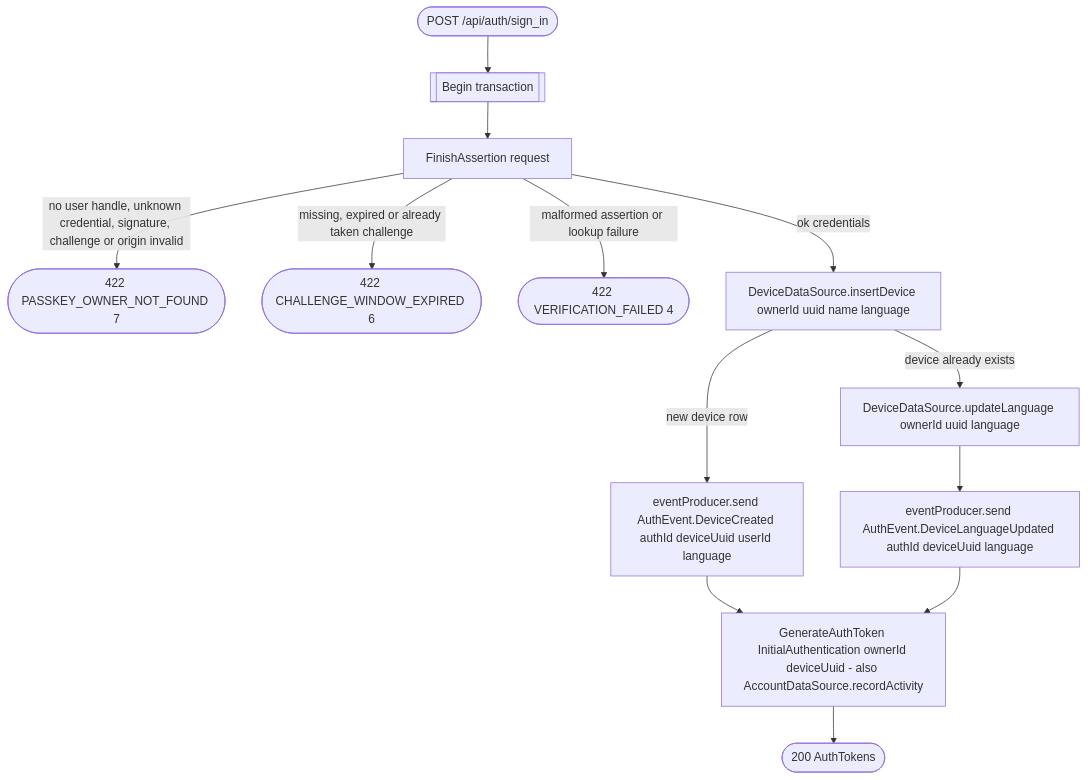
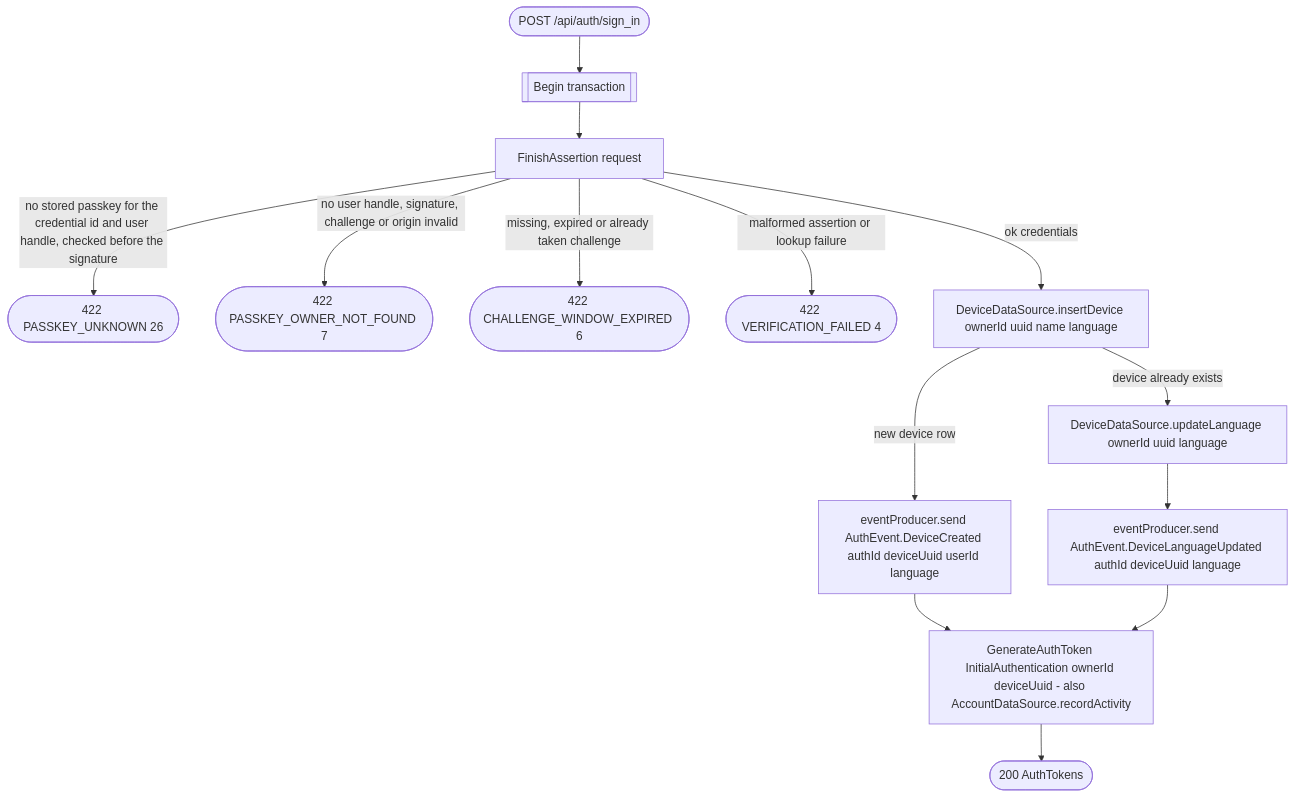
The diagram in docs/operations/authorization/sign-in.md (nocturneproperties/bookkme), drawn with Mermaid before and after one commit. The commit also changed 11 other files, not shown here.

````diff
--- a/docs/operations/authorization/sign-in.md
+++ b/docs/operations/authorization/sign-in.md
@@ -10,15 +10,16 @@
 ```mermaid
 flowchart TD
     Start([POST /api/auth/sign_in]) --> Tx[[Begin transaction]]
     Tx --> Verify[FinishAssertion request]
-    Verify -- no user handle, unknown credential, signature, challenge or origin invalid --> R422a([422 PASSKEY_OWNER_NOT_FOUND 7])
+    Verify -- no stored passkey for the credential id and user handle, checked before the signature --> R422au([422 PASSKEY_UNKNOWN 26])
+    Verify -- no user handle, signature, challenge or origin invalid --> R422a([422 PASSKEY_OWNER_NOT_FOUND 7])
     Verify -- missing, expired or already taken challenge --> R422b([422 CHALLENGE_WINDOW_EXPIRED 6])
     Verify -- malformed assertion or lookup failure --> R422c([422 VERIFICATION_FAILED 4])
     Verify -- ok credentials --> InsertDevice[DeviceDataSource.insertDevice ownerId uuid name language]
     InsertDevice -- new device row --> DeviceCreatedEvt[eventProducer.send AuthEvent.DeviceCreated authId deviceUuid userId language]
     InsertDevice -- device already exists --> UpdateLang[DeviceDataSource.updateLanguage ownerId uuid language]
     UpdateLang --> LangEvt[eventProducer.send AuthEvent.DeviceLanguageUpdated authId deviceUuid language]
     DeviceCreatedEvt --> GenToken[GenerateAuthToken InitialAuthentication ownerId deviceUuid - also AccountDataSource.recordActivity]
     LangEvt --> GenToken
     GenToken --> R200([200 AuthTokens])
 ```
````
